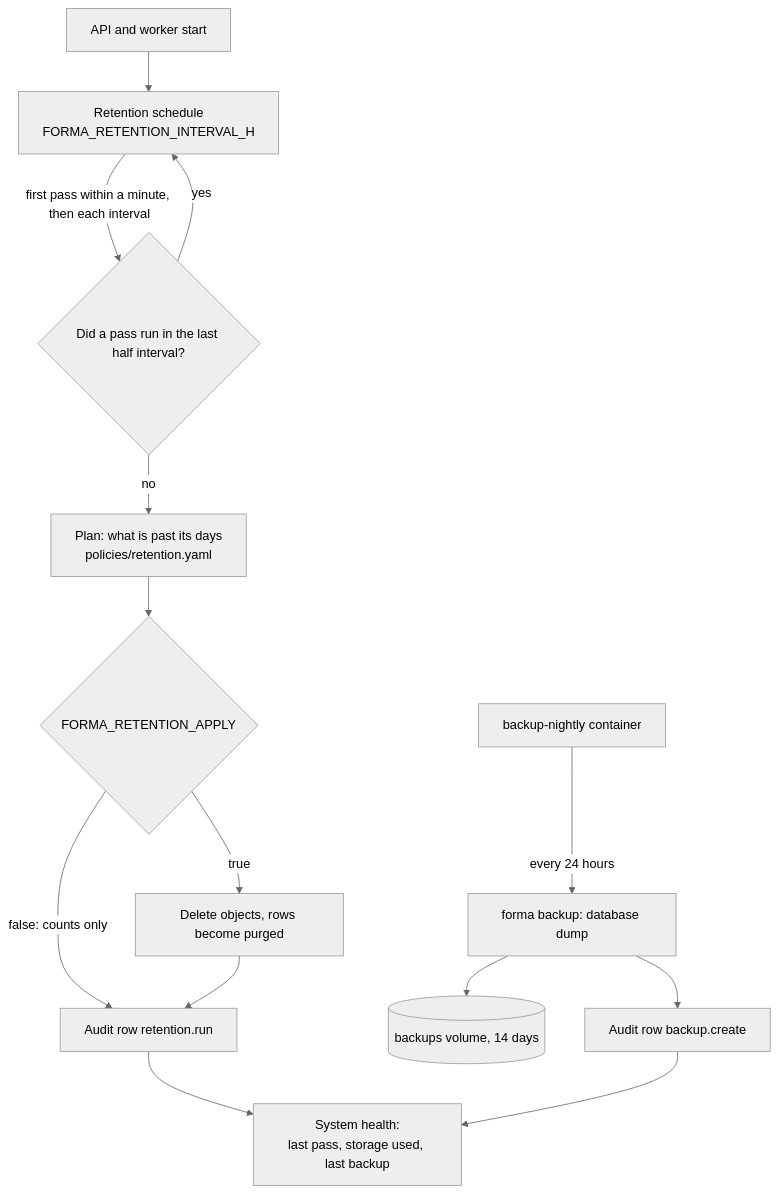
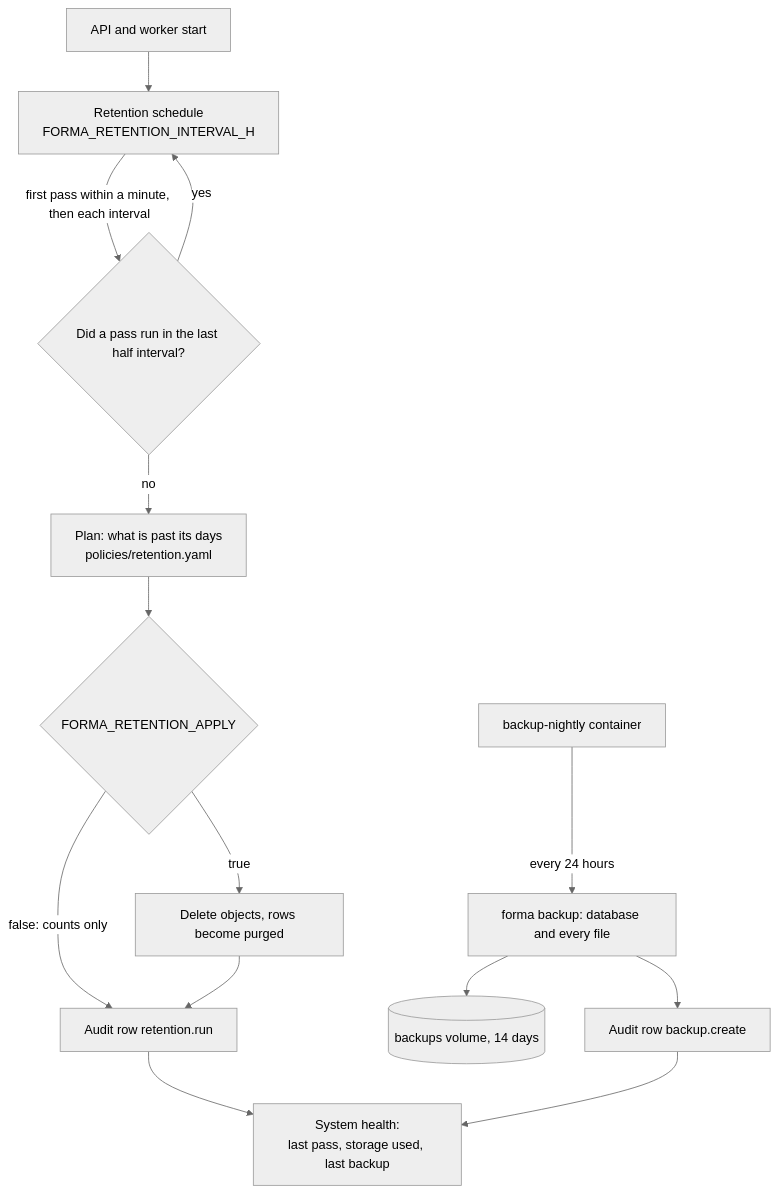
Diagram 20 of 20 in docs/SYSTEM_FLOWS.md (BeatChalongrat/Forma), drawn with Mermaid (neutral theme) before and after one commit. The commit also changed other lines of this file and 18 other files, not shown here.

First line of the commit message:
fix: a backup holds every file and can be restored (ADR-054)

````diff
--- a/docs/SYSTEM_FLOWS.md
+++ b/docs/SYSTEM_FLOWS.md
@@ -626,16 +628,16 @@
 ```mermaid
 flowchart TD
   A[API and worker start] --> B[Retention schedule<br/>FORMA_RETENTION_INTERVAL_H]
   B -->|first pass within a minute, then each interval| C{Did a pass run in the last half interval?}
   C -->|yes| B
   C -->|no| D[Plan: what is past its days<br/>policies/retention.yaml]
   D --> E{FORMA_RETENTION_APPLY}
   E -->|false: counts only| G[Audit row retention.run]
   E -->|true| F[Delete objects, rows become purged]
   F --> G
   G --> H[System health:<br/>last pass, storage used, last backup]
-  I[backup-nightly container] -->|every 24 hours| J[forma backup: database dump]
+  I[backup-nightly container] -->|every 24 hours| J[forma backup: database and every file]
   J --> K[(backups volume, 14 days)]
   J --> L[Audit row backup.create]
   L --> H
 ```
````
